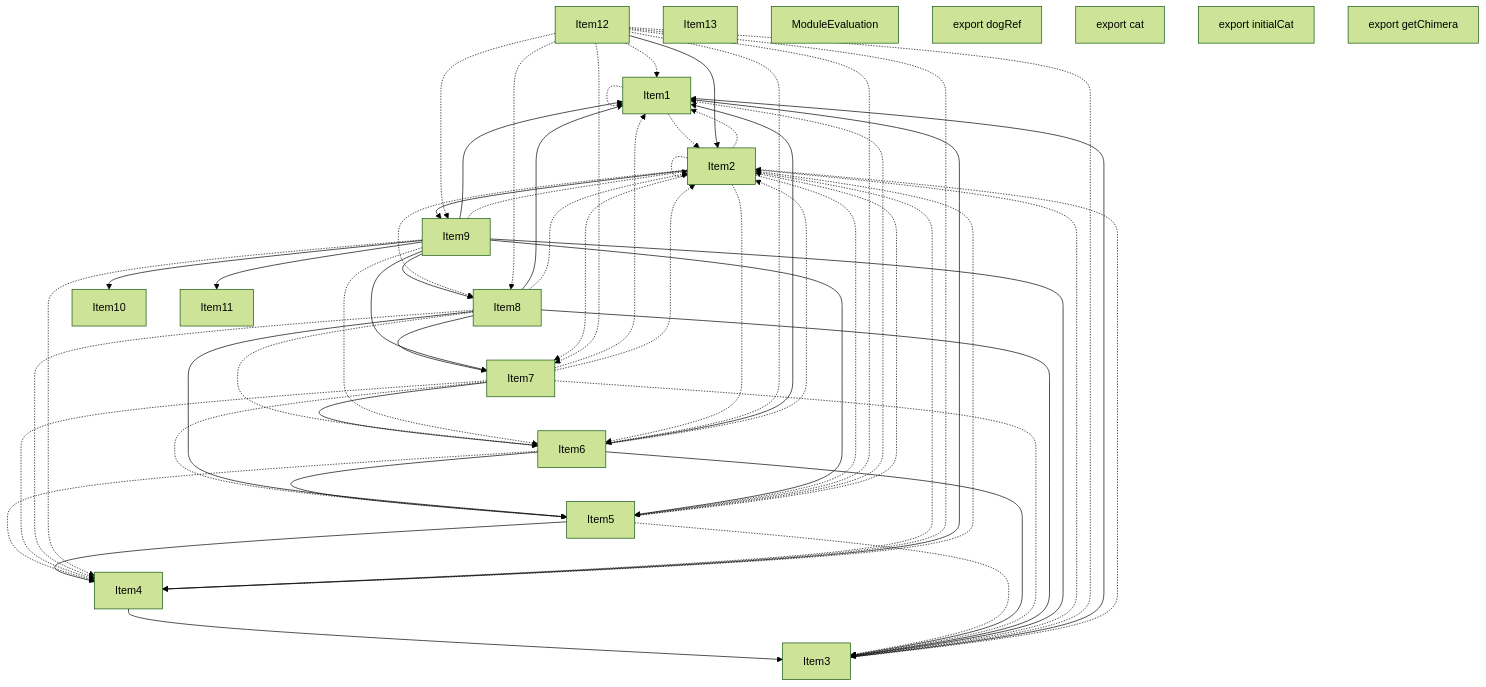
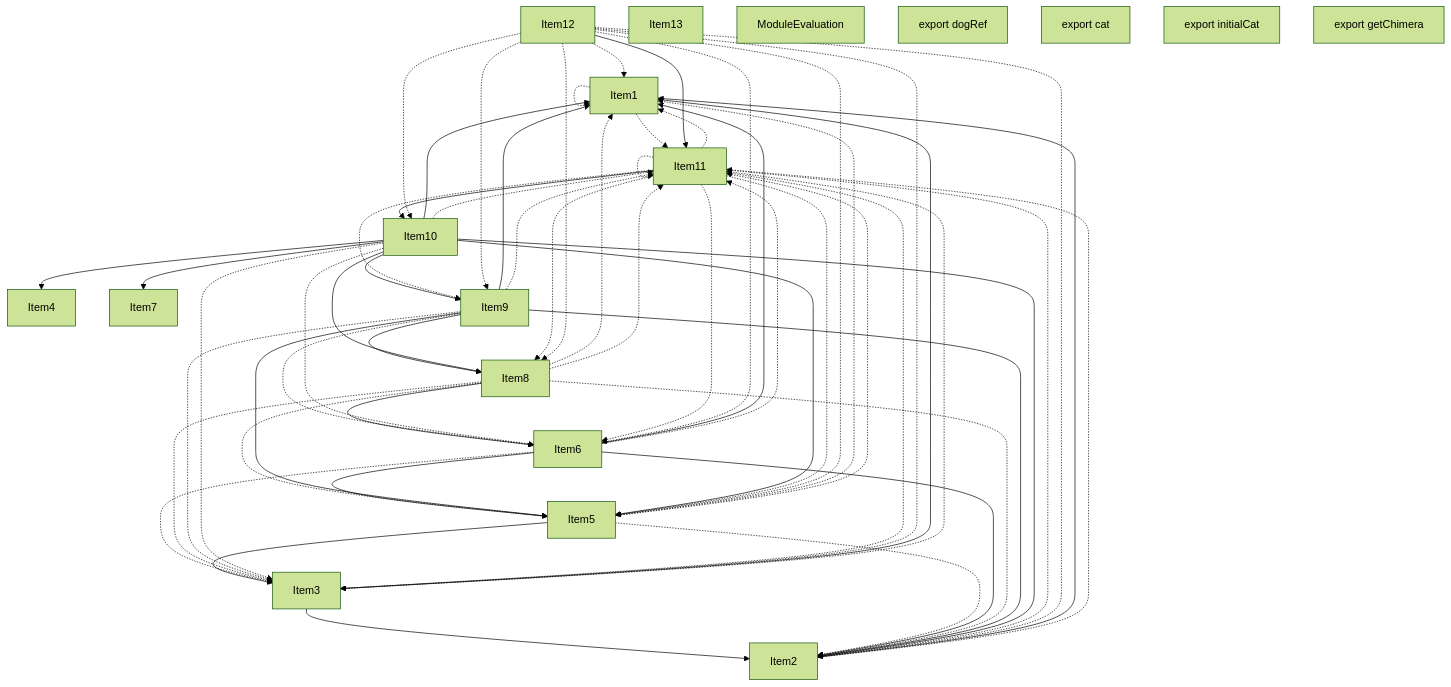
The second of 4 diagrams in crates/turbopack-ecmascript/tests/tree-shaker/analyzer/complex/output.md (vercel/turborepo), drawn with Mermaid (forest theme) before and after one commit. The commit also changed other lines of this file and 3 other files, not shown here.

````diff
--- a/crates/turbopack-ecmascript/tests/tree-shaker/analyzer/complex/output.md
+++ b/crates/turbopack-ecmascript/tests/tree-shaker/analyzer/complex/output.md
@@ -196,60 +196,60 @@
     Item18;
     Item18["export getChimera"];
     Item1 -.-> Item1;
-    Item1 -.-> Item2;
+    Item1 -.-> Item11;
+    Item2 --> Item1;
+    Item2 -.-> Item11;
     Item3 --> Item1;
-    Item3 -.-> Item2;
-    Item4 --> Item1;
-    Item4 --> Item3;
-    Item4 -.-> Item2;
-    Item5 --> Item4;
+    Item3 --> Item2;
+    Item3 -.-> Item11;
+    Item5 --> Item3;
     Item5 -.-> Item1;
-    Item5 -.-> Item3;
     Item5 -.-> Item2;
+    Item5 -.-> Item11;
     Item6 --> Item1;
-    Item6 --> Item3;
+    Item6 --> Item2;
     Item6 --> Item5;
-    Item6 -.-> Item4;
-    Item6 -.-> Item2;
-    Item7 -.-> Item4;
-    Item7 --> Item6;
-    Item7 -.-> Item1;
-    Item7 -.-> Item3;
-    Item7 -.-> Item5;
-    Item7 -.-> Item2;
-    Item8 --> Item1;
-    Item8 --> Item3;
-    Item8 --> Item5;
-    Item8 --> Item7;
-    Item8 -.-> Item4;
-    Item8 -.-> Item6;
+    Item6 -.-> Item3;
+    Item6 -.-> Item11;
+    Item8 -.-> Item3;
+    Item8 --> Item6;
+    Item8 -.-> Item1;
     Item8 -.-> Item2;
+    Item8 -.-> Item5;
+    Item8 -.-> Item11;
     Item9 --> Item1;
-    Item9 --> Item3;
+    Item9 --> Item2;
     Item9 --> Item5;
-    Item9 --> Item7;
-    Item9 --> Item10;
-    Item9 --> Item11;
     Item9 --> Item8;
-    Item9 -.-> Item4;
+    Item9 -.-> Item3;
     Item9 -.-> Item6;
-    Item9 -.-> Item2;
-    Item2 --> Item9;
-    Item2 -.-> Item1;
-    Item2 -.-> Item3;
-    Item2 -.-> Item5;
-    Item2 -.-> Item7;
-    Item2 -.-> Item4;
-    Item2 -.-> Item6;
-    Item2 -.-> Item8;
-    Item2 -.-> Item2;
-    Item12 --> Item2;
+    Item9 -.-> Item11;
+    Item10 --> Item1;
+    Item10 --> Item2;
+    Item10 --> Item5;
+    Item10 --> Item8;
+    Item10 --> Item4;
+    Item10 --> Item7;
+    Item10 --> Item9;
+    Item10 -.-> Item3;
+    Item10 -.-> Item6;
+    Item10 -.-> Item11;
+    Item11 --> Item10;
+    Item11 -.-> Item1;
+    Item11 -.-> Item2;
+    Item11 -.-> Item5;
+    Item11 -.-> Item8;
+    Item11 -.-> Item3;
+    Item11 -.-> Item6;
+    Item11 -.-> Item9;
+    Item11 -.-> Item11;
+    Item12 --> Item11;
     Item12 -.-> Item1;
+    Item12 -.-> Item2;
+    Item12 -.-> Item5;
+    Item12 -.-> Item8;
     Item12 -.-> Item3;
-    Item12 -.-> Item5;
-    Item12 -.-> Item7;
-    Item12 -.-> Item4;
     Item12 -.-> Item6;
-    Item12 -.-> Item8;
     Item12 -.-> Item9;
+    Item12 -.-> Item10;
 ```
````
